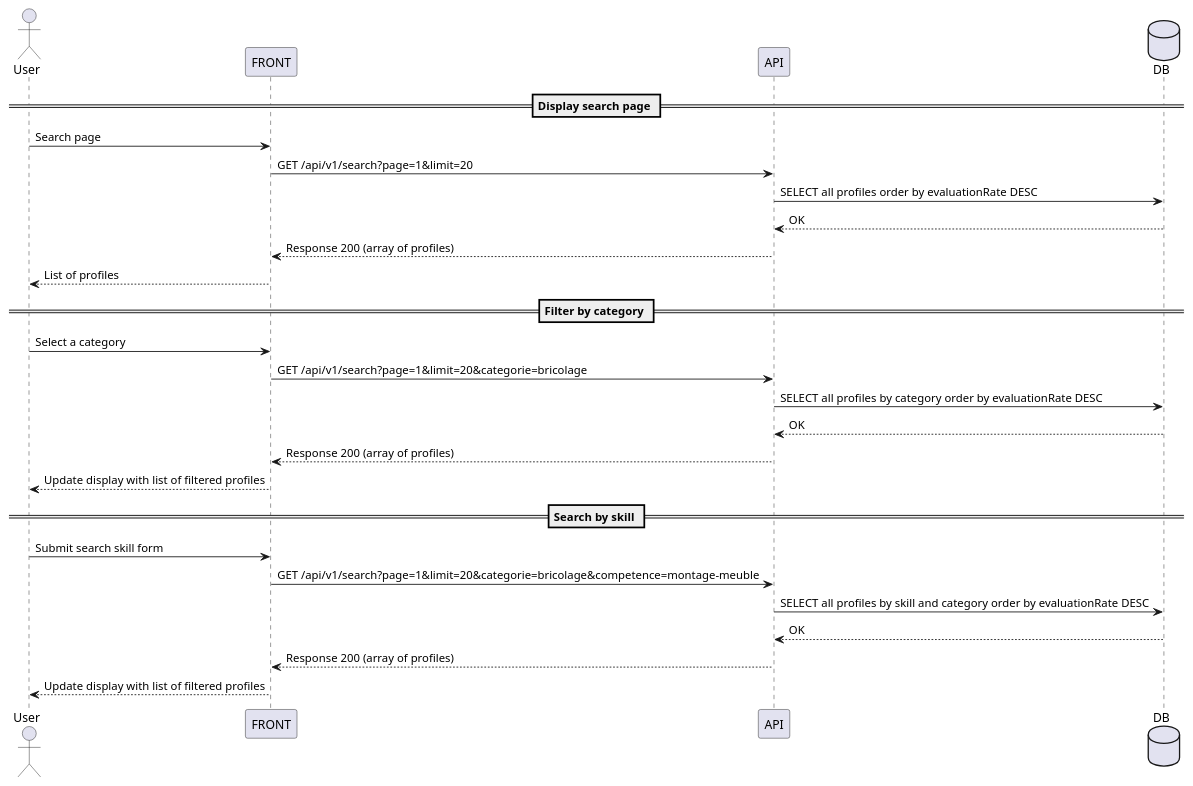
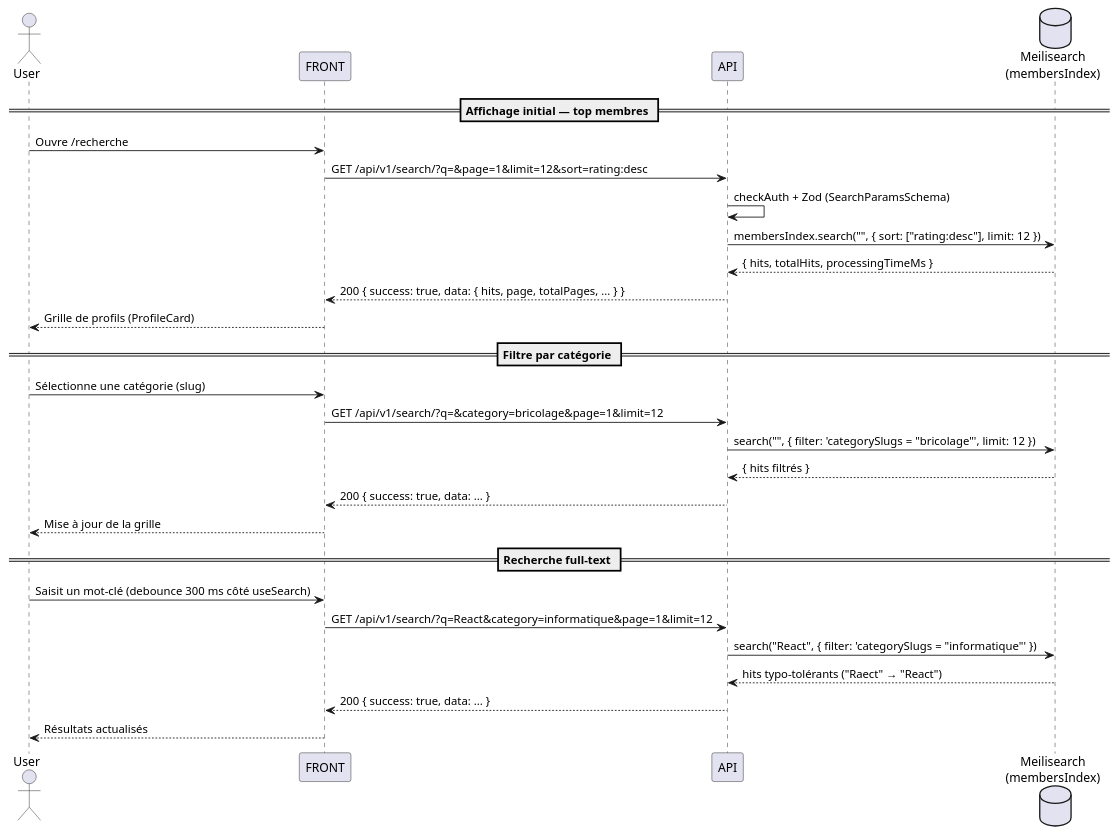
Before and after one commit to Sojeremy/documentation-skillswap: the diagram in docs/uml/sequence/search-profile.puml, drawn with PlantUML. The commit also changed 4 other files, not shown here.

Commit message:
docs(uml): audit factuel — 5 .puml patchés (architecture, erd, search-profile, use-cases, user-flow), 2 inchangés (deployement, conversation)

```diff
--- a/docs/uml/sequence/search-profile.puml
+++ b/docs/uml/sequence/search-profile.puml
@@ -1,32 +1,33 @@
 @startuml Search profile page
 
 actor User
 participant FRONT
 participant API
-database DB
+database "Meilisearch\n(membersIndex)" as Meili
 
-== Display search page ==
-User -> FRONT : Search page
-FRONT -> API : GET /api/v1/search?page=1&limit=20
-API -> DB : SELECT all profiles order by evaluationRate DESC
-DB --> API : OK
-API --> FRONT : Response 200 (array of profiles) 
-FRONT --> User : List of profiles
+== Affichage initial — top membres ==
+User -> FRONT : Ouvre /recherche
+FRONT -> API : GET /api/v1/search/?q=&page=1&limit=12&sort=rating:desc
+API -> API : checkAuth + Zod (SearchParamsSchema)
+API -> Meili : membersIndex.search("", { sort: ["rating:desc"], limit: 12 })
+Meili --> API : { hits, totalHits, processingTimeMs }
+API --> FRONT : 200 { success: true, data: { hits, page, totalPages, ... } }
+FRONT --> User : Grille de profils (ProfileCard)
 
-== Filter by category ==
-User -> FRONT : Select a category
-FRONT -> API : GET /api/v1/search?page=1&limit=20&categorie=bricolage
-API -> DB : SELECT all profiles by category order by evaluationRate DESC
-DB --> API : OK
-API --> FRONT : Response 200 (array of profiles) 
-FRONT --> User : Update display with list of filtered profiles
+== Filtre par catégorie ==
+User -> FRONT : Sélectionne une catégorie (slug)
+FRONT -> API : GET /api/v1/search/?q=&category=bricolage&page=1&limit=12
+API -> Meili : search("", { filter: 'categorySlugs = "bricolage"', limit: 12 })
+Meili --> API : { hits filtrés }
+API --> FRONT : 200 { success: true, data: ... }
+FRONT --> User : Mise à jour de la grille
 
-== Search by skill ==
-User -> FRONT : Submit search skill form
-FRONT -> API : GET /api/v1/search?page=1&limit=20&categorie=bricolage&competence=montage-meuble
-API -> DB : SELECT all profiles by skill and category order by evaluationRate DESC
-DB --> API : OK
-API --> FRONT : Response 200 (array of profiles) 
-FRONT --> User : Update display with list of filtered profiles
+== Recherche full-text ==
+User -> FRONT : Saisit un mot-clé (debounce 300 ms côté useSearch)
+FRONT -> API : GET /api/v1/search/?q=React&category=informatique&page=1&limit=12
+API -> Meili : search("React", { filter: 'categorySlugs = "informatique"' })
+Meili --> API : hits typo-tolérants ("Raect" → "React")
+API --> FRONT : 200 { success: true, data: ... }
+FRONT --> User : Résultats actualisés
 
 @enduml
```
